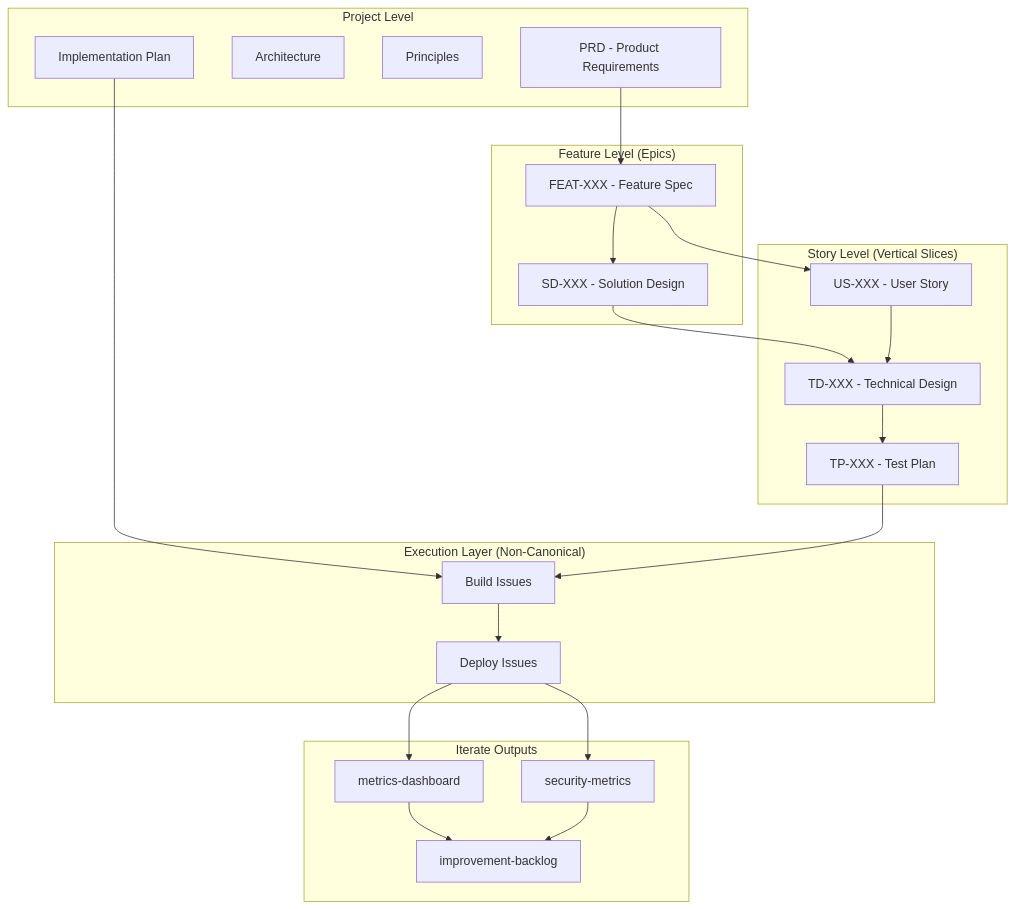
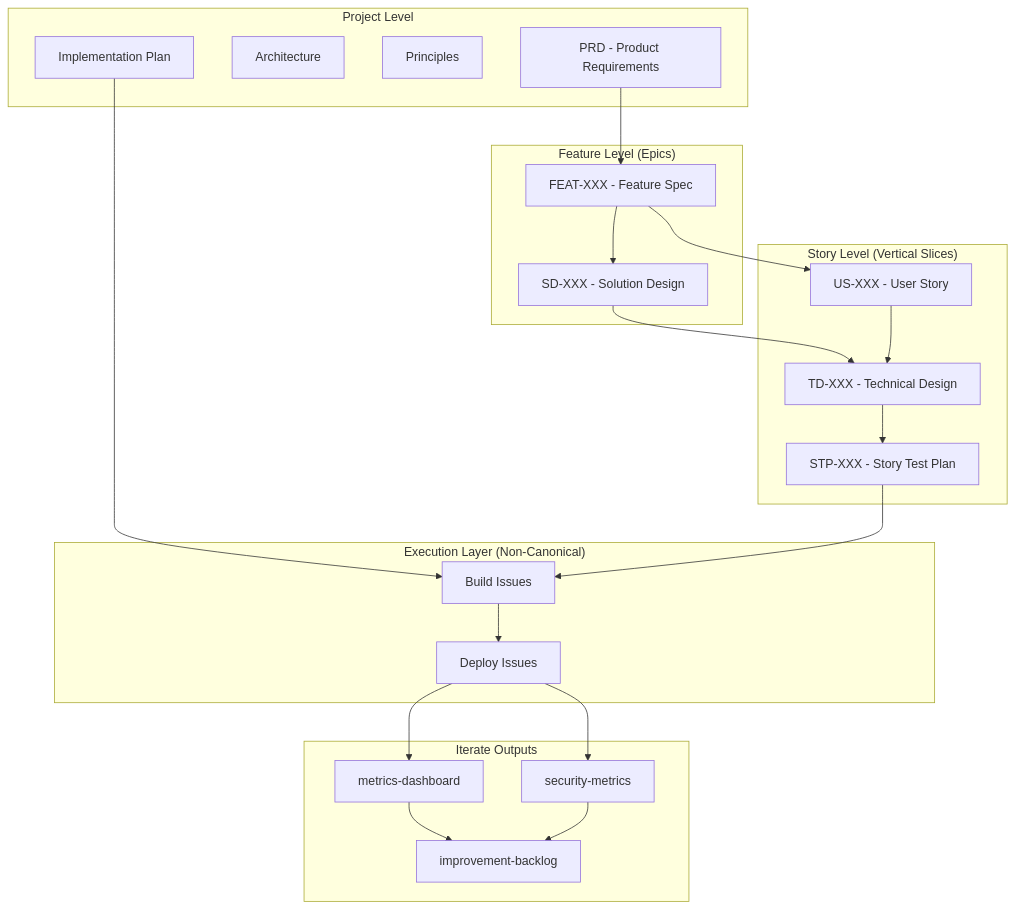
One commit to easel/helix changed the diagram in workflows/artifact-hierarchy.md. Above: the diagram before and after it, drawn with Mermaid. The commit also changed other lines of this file and 10 other files, not shown here.

````diff
--- a/workflows/artifact-hierarchy.md
+++ b/workflows/artifact-hierarchy.md
@@ -61,43 +61,43 @@
 ```mermaid
 graph TD
     subgraph "Project Level"
         PRD[PRD - Product Requirements]
         ARCH[Architecture]
         PRINCIPLES[Principles]
         IMP[Implementation Plan]
     end
 
     subgraph "Feature Level (Epics)"
         FEAT[FEAT-XXX - Feature Spec]
         SD[SD-XXX - Solution Design]
     end
 
     subgraph "Story Level (Vertical Slices)"
         US[US-XXX - User Story]
         TD[TD-XXX - Technical Design]
-        TP[TP-XXX - Test Plan]
+        STP[STP-XXX - Story Test Plan]
     end
 
     subgraph "Execution Layer (Non-Canonical)"
         BB[Build Issues]
         DB[Deploy Issues]
     end
 
     subgraph "Iterate Outputs"
         MD[metrics-dashboard]
         SM[security-metrics]
         IB[improvement-backlog]
     end
 
     PRD --> FEAT
     FEAT --> US
     FEAT --> SD
     SD --> TD
-    US --> TD --> TP
+    US --> TD --> STP
     IMP --> BB
-    TP --> BB --> DB
+    STP --> BB --> DB
     DB --> MD
     DB --> SM
     MD --> IB
     SM --> IB
 ```
````
